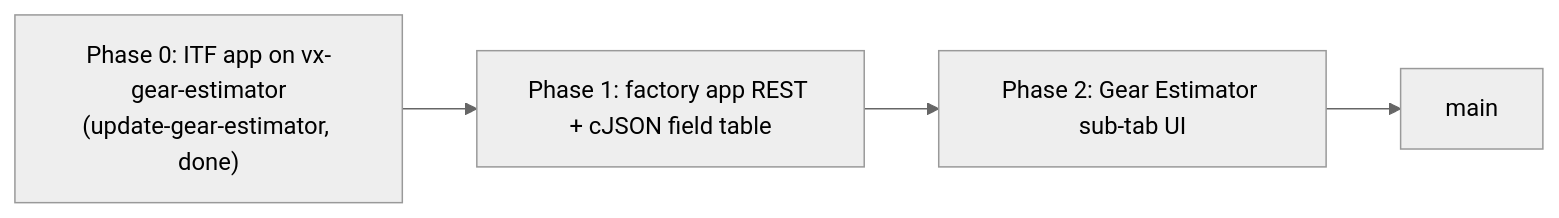
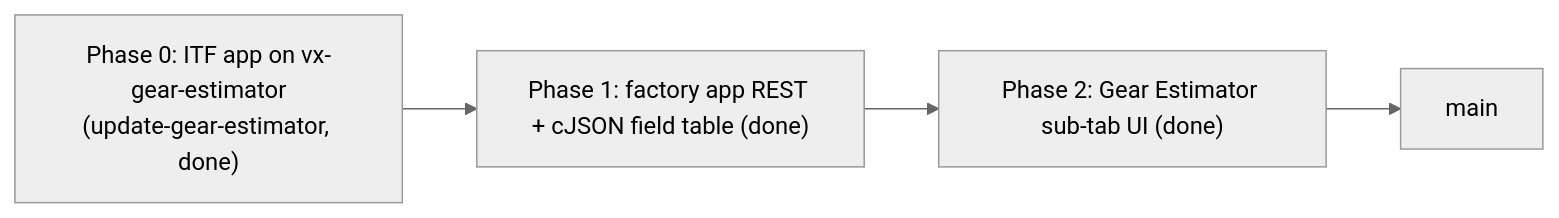
Before and after one commit to martinroger/vx-binocle-espidf: the second of 2 diagrams in docs/GEAR_ESTIMATOR_FACTORY_TAB_PLAN.md, drawn with Mermaid (neutral theme). The commit also changed other lines of this file and 10 other files, not shown here.

First line of the commit message:
ITF factory app: edit the gear estimator parameters

````diff
--- a/docs/GEAR_ESTIMATOR_FACTORY_TAB_PLAN.md
+++ b/docs/GEAR_ESTIMATOR_FACTORY_TAB_PLAN.md
@@ -133,6 +133,6 @@
 ```mermaid
 flowchart LR
-    P0["Phase 0: ITF app on vx-gear-estimator<br/>(update-gear-estimator, done)"] --> P1["Phase 1: factory app REST + cJSON field table"]
-    P1 --> P2["Phase 2: Gear Estimator sub-tab UI"]
+    P0["Phase 0: ITF app on vx-gear-estimator<br/>(update-gear-estimator, done)"] --> P1["Phase 1: factory app REST + cJSON field table (done)"]
+    P1 --> P2["Phase 2: Gear Estimator sub-tab UI (done)"]
     P2 --> M[main]
 ```
````
